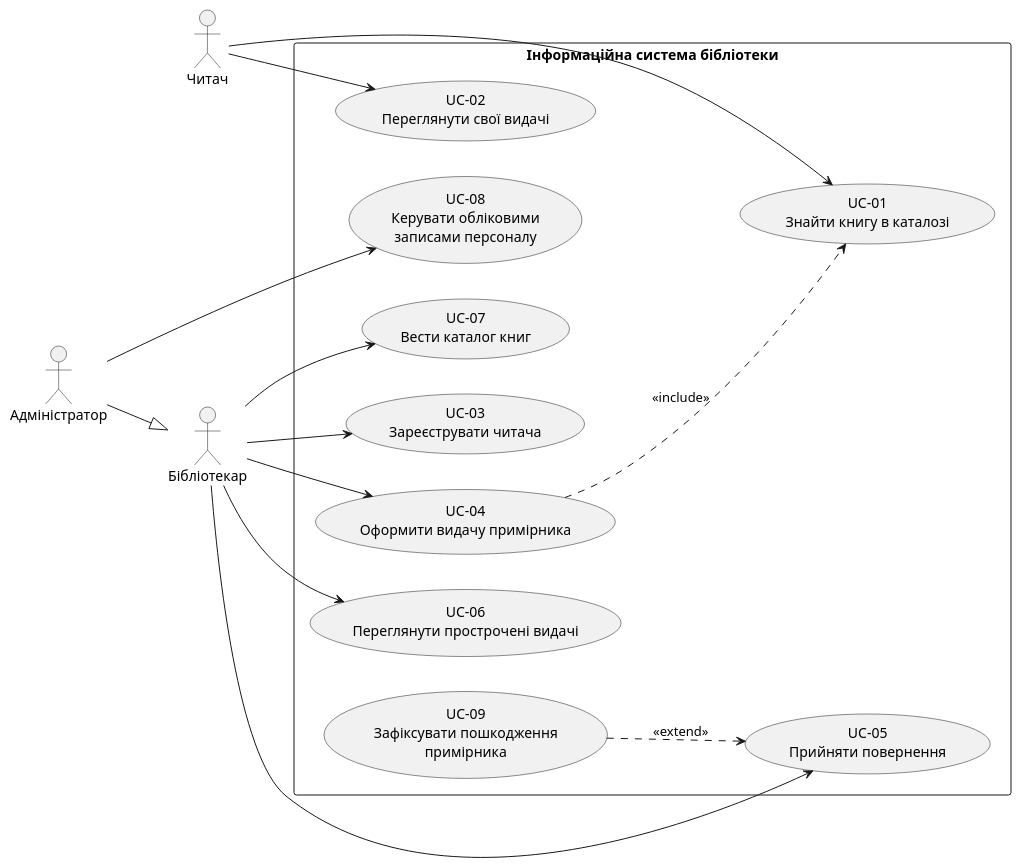
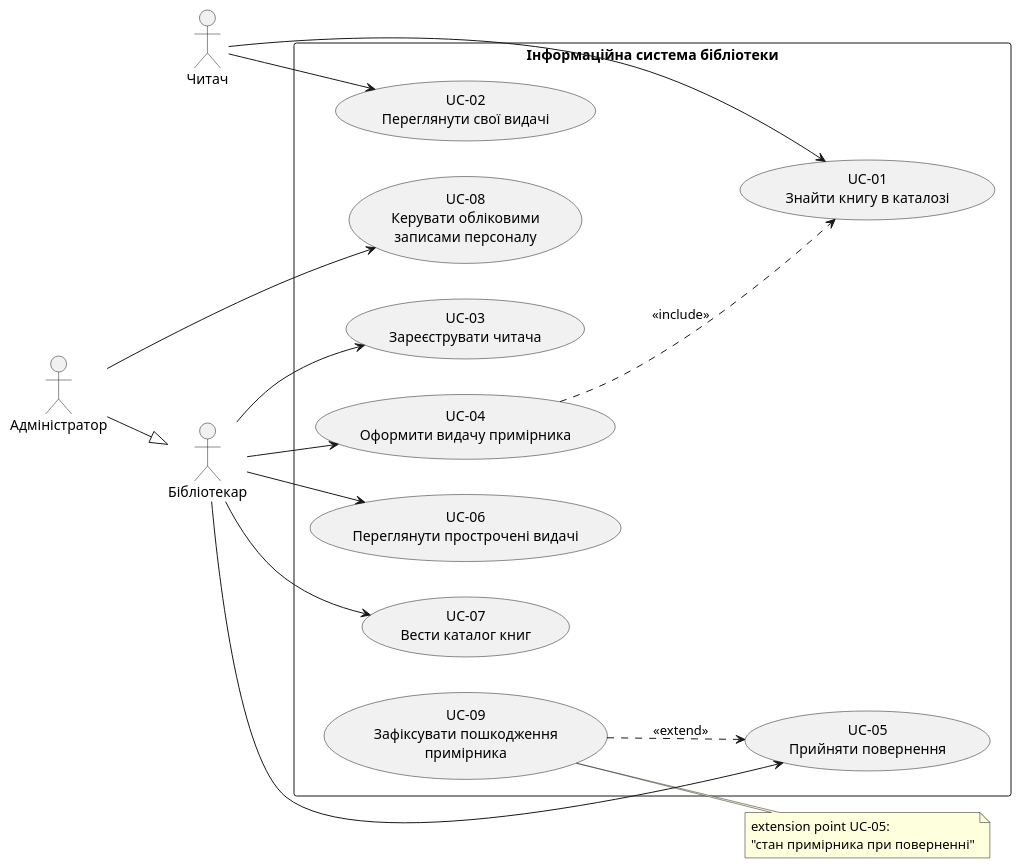
Before and after one commit to aooxd/KPIlab_2: the diagram in spec.md, drawn with PlantUML. The commit also changed other lines of this file, not shown here.

````diff
--- a/spec.md
+++ b/spec.md
@@ -41,35 +43,39 @@
 ```plantuml
 @startuml
 left to right direction
 skinparam packageStyle rectangle
 
 actor "Читач" as Reader
 actor "Бібліотекар" as Librarian
 actor "Адміністратор" as Admin
 Admin --|> Librarian
 
 rectangle "Інформаційна система бібліотеки" {
   usecase "UC-01\nЗнайти книгу в каталозі" as UC01
   usecase "UC-02\nПереглянути свої видачі" as UC02
   usecase "UC-03\nЗареєструвати читача" as UC03
   usecase "UC-04\nОформити видачу примірника" as UC04
   usecase "UC-05\nПрийняти повернення" as UC05
   usecase "UC-06\nПереглянути прострочені видачі" as UC06
   usecase "UC-07\nВести каталог книг" as UC07
   usecase "UC-08\nКерувати обліковими\nзаписами персоналу" as UC08
   usecase "UC-09\nЗафіксувати пошкодження\nпримірника" as UC09
 }
 
 Reader --> UC01
 Reader --> UC02
 Librarian --> UC03
 Librarian --> UC04
 Librarian --> UC05
 Librarian --> UC06
 Librarian --> UC07
 Admin --> UC08
 
 UC04 ..> UC01 : <<include>>
 UC09 ..> UC05 : <<extend>>
+note right of UC09
+  extension point UC-05:
+  "стан примірника при поверненні"
+end note
 @enduml
 ```
````
